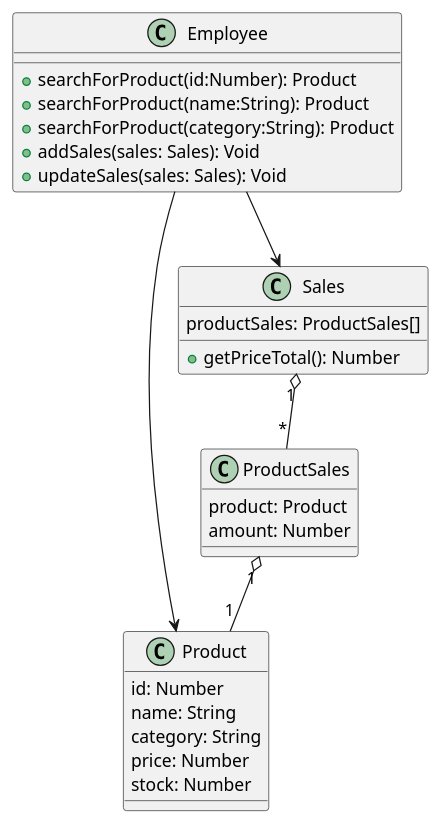
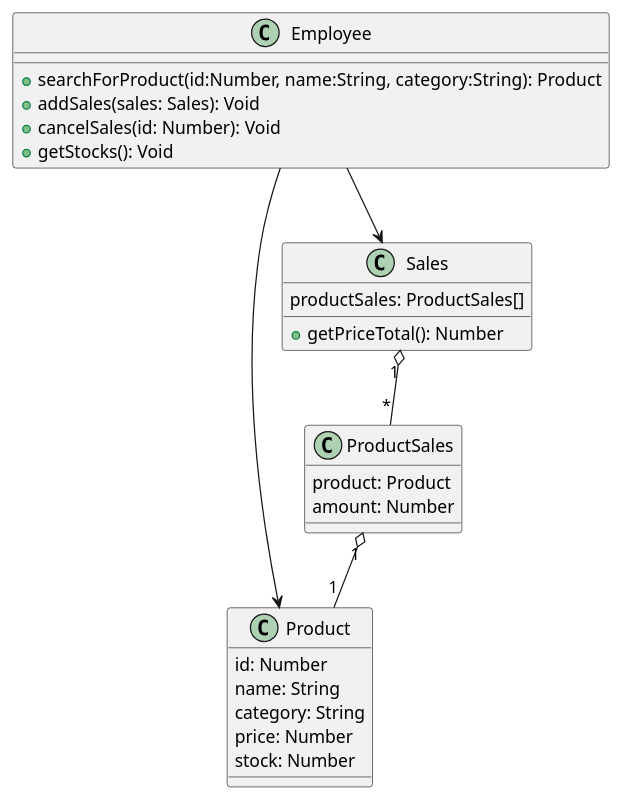
The diagram in docs/UML/class.puml (ThePhobosDeimosSuite/laboratoire-0_log430), drawn with PlantUML before and after one commit. The commit also changed 10 other files, not shown here.

```diff
--- a/docs/UML/class.puml
+++ b/docs/UML/class.puml
@@ -1,35 +1,34 @@
 @startuml class
 class Employee {
-    + searchForProduct(id:Number): Product
-    + searchForProduct(name:String): Product
-    + searchForProduct(category:String): Product
+    + searchForProduct(id:Number, name:String, category:String): Product
     + addSales(sales: Sales): Void
-    + updateSales(sales: Sales): Void    
+    + cancelSales(id: Number): Void    
+    + getStocks(): Void
 }
 
 class Product {
     id: Number
     name: String
     category: String
     price: Number
     stock: Number
 }
 
 class Sales {
     productSales: ProductSales[]
     + getPriceTotal(): Number
 }
 
 class ProductSales {
     product: Product
     amount: Number
 }
 
 Employee --> Sales
 
 Employee --> Product
 
 Sales "1" o-- "*" ProductSales
 
 ProductSales "1" o-- "1" Product
 @enduml
```
